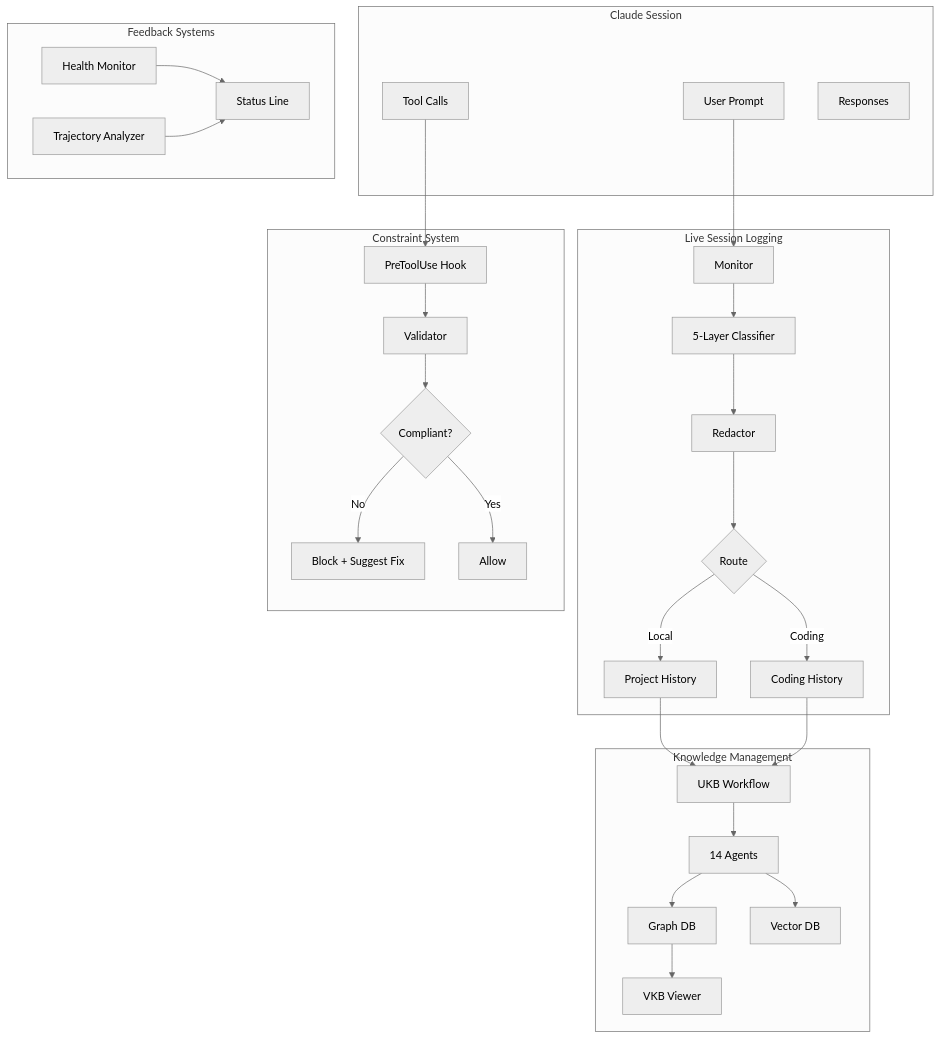
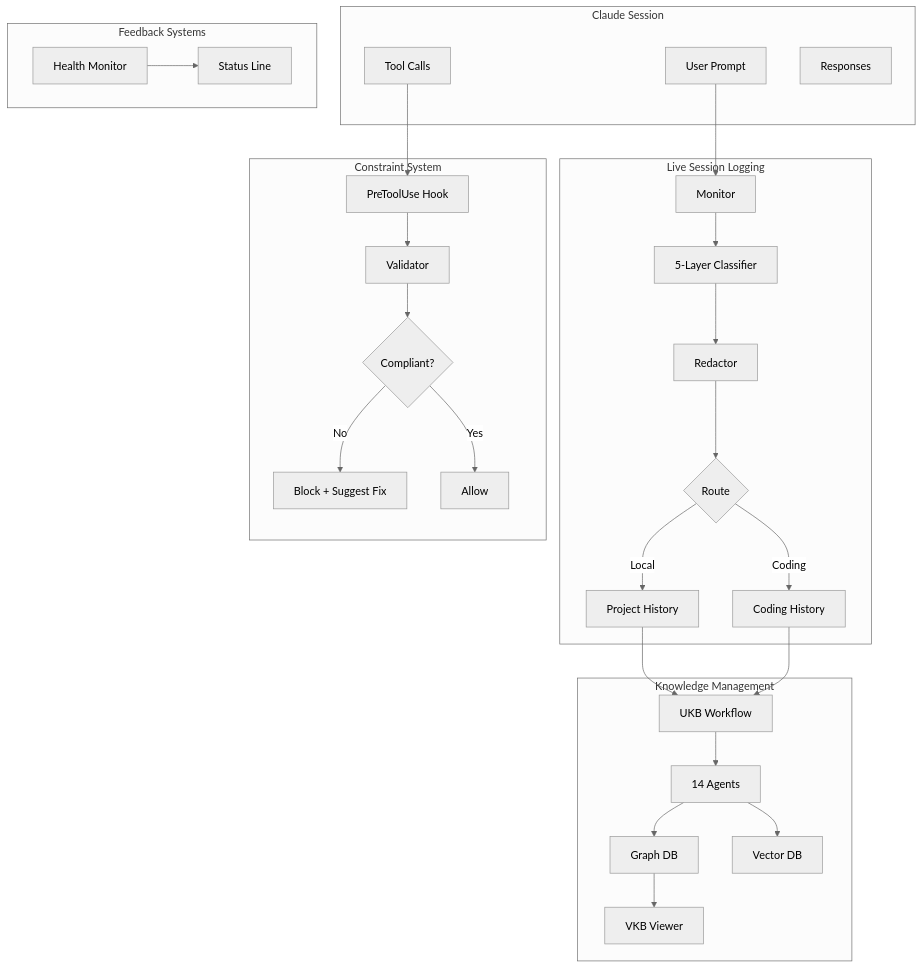
Before and after one commit to fwornle/coding: the first of 2 diagrams in docs-content/core-systems/index.md, drawn with Mermaid (neutral theme). The commit also changed other lines of this file and 9 other files, not shown here.

````diff
--- a/docs-content/core-systems/index.md
+++ b/docs-content/core-systems/index.md
@@ -103,43 +89,41 @@
 ```mermaid
 flowchart TB
     subgraph Input["Claude Session"]
         A[User Prompt]
         B[Tool Calls]
         C[Responses]
     end
 
     subgraph LSL["Live Session Logging"]
         D[Monitor] --> E[5-Layer Classifier]
         E --> F[Redactor]
         F --> G{Route}
         G -->|Local| H[Project History]
         G -->|Coding| I[Coding History]
     end
 
     subgraph KB["Knowledge Management"]
         J[UKB Workflow] --> K[14 Agents]
         K --> L[Graph DB]
         K --> M[Vector DB]
         L --> N[VKB Viewer]
     end
 
     subgraph Constraints["Constraint System"]
         O[PreToolUse Hook] --> P[Validator]
         P --> Q{Compliant?}
         Q -->|No| R[Block + Suggest Fix]
         Q -->|Yes| S[Allow]
     end
 
     subgraph Feedback["Feedback Systems"]
         T[Status Line]
         U[Health Monitor]
-        V[Trajectory Analyzer]
     end
 
     A --> D
     B --> O
     H --> J
     I --> J
     U --> T
-    V --> T
 ```
````
